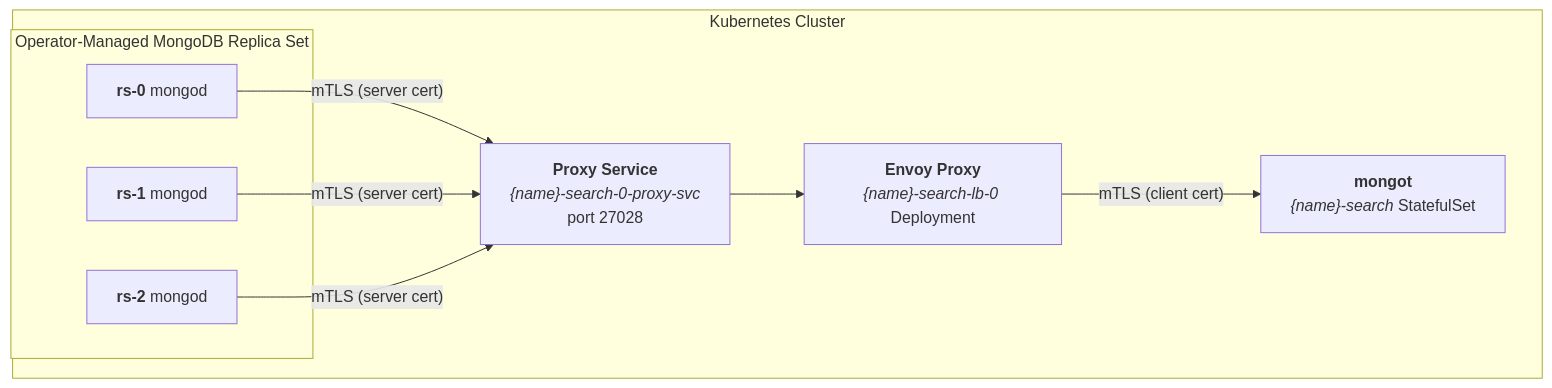
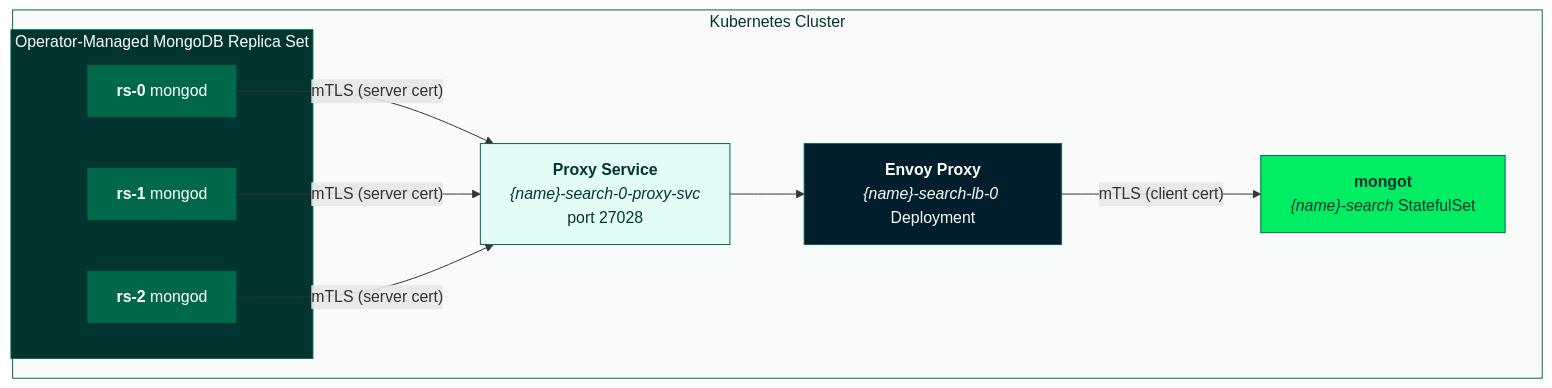
The first of 2 diagrams in docs/search/11-search-rs-mongod-managed-lb/README.md (mongodb/mongodb-kubernetes), drawn with Mermaid before and after one commit. The commit also changed other lines of this file and 3 other files, not shown here.

Commit message:
Style Mermaid diagrams with MongoDB brand colors

````diff
--- a/docs/search/11-search-rs-mongod-managed-lb/README.md
+++ b/docs/search/11-search-rs-mongod-managed-lb/README.md
@@ -23,20 +23,33 @@
 ```mermaid
 graph TD
     subgraph k8s["Kubernetes Cluster"]
         subgraph mdb["Operator-Managed MongoDB Replica Set"]
             rs0["<b>rs-0</b> mongod"]
             rs1["<b>rs-1</b> mongod"]
             rs2["<b>rs-2</b> mongod"]
         end
 
         ps["<b>Proxy Service</b><br/><i>{name}-search-0-proxy-svc</i><br/>port 27028"]
         envoy["<b>Envoy Proxy</b><br/><i>{name}-search-lb-0</i> Deployment"]
         mongot["<b>mongot</b><br/><i>{name}-search</i> StatefulSet"]
     end
 
     rs0 -- "mTLS (server cert)" --> ps
     rs1 -- "mTLS (server cert)" --> ps
     rs2 -- "mTLS (server cert)" --> ps
     ps --> envoy
     envoy -- "mTLS (client cert)" --> mongot
+
+    classDef mongod fill:#00684A,stroke:#023430,color:#fff
+    classDef mongot fill:#00ED64,stroke:#00684A,color:#023430
+    classDef envoyNode fill:#001E2B,stroke:#00684A,color:#fff
+    classDef svc fill:#E3FCF7,stroke:#00684A,color:#023430
+
+    class rs0,rs1,rs2 mongod
+    class mongot mongot
+    class envoy envoyNode
+    class ps svc
+
+    style k8s fill:#F9FBFA,stroke:#00684A,color:#023430
+    style mdb fill:#023430,stroke:#00684A,color:#fff
 ```
````
